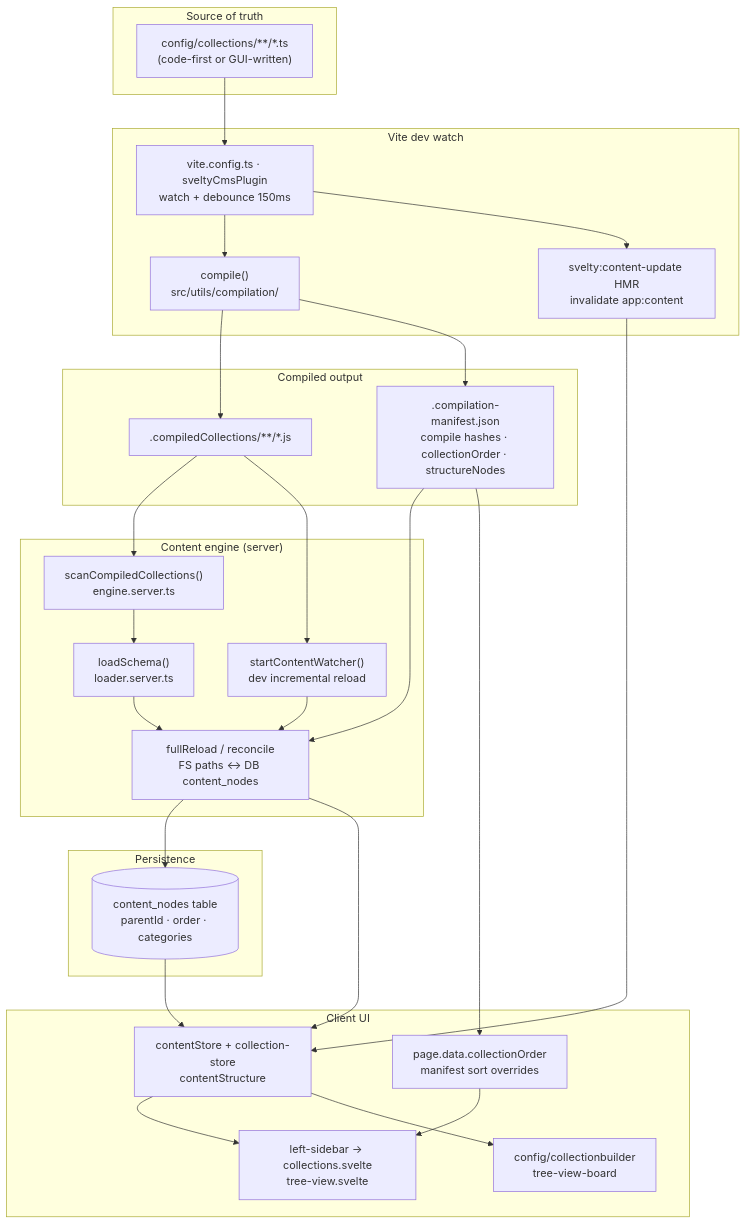
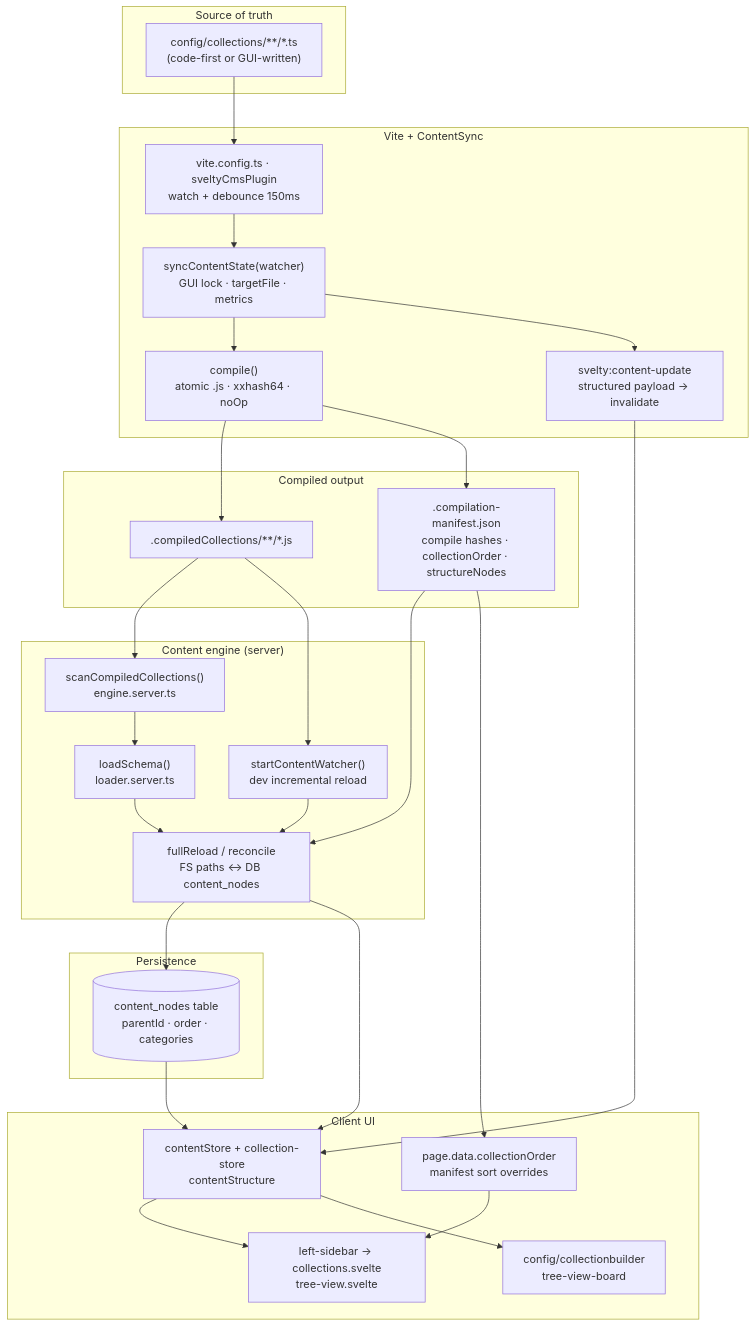
The diagram in docs/reference/architecture/content-system.mdx (SveltyCMS/SveltyCMS), drawn with Mermaid before and after one commit. The commit also changed other lines of this file and 236 other files, not shown here.

````diff
--- a/docs/reference/architecture/content-system.mdx
+++ b/docs/reference/architecture/content-system.mdx
@@ -131,57 +165,59 @@
 ```mermaid
 flowchart TD
     subgraph Source["Source of truth"]
         TS["config/collections/**/*.ts<br/>(code-first or GUI-written)"]
     end
 
-    subgraph DevWatch["Vite dev watch"]
+    subgraph DevWatch["Vite + ContentSync"]
         VITE["vite.config.ts · sveltyCmsPlugin<br/>watch + debounce 150ms"]
-        COMPILE["compile()<br/>src/utils/compilation/"]
-        HMR["svelty:content-update HMR<br/>invalidate app:content"]
+        SYNC["syncContentState(watcher)<br/>GUI lock · targetFile · metrics"]
+        COMPILE["compile()<br/>atomic .js · xxhash64 · noOp"]
+        HMR["svelty:content-update<br/>structured payload → invalidate"]
     end
 
     subgraph Compiled["Compiled output"]
         JS[".compiledCollections/**/*.js"]
         MANIFEST[".compilation-manifest.json<br/>compile hashes · collectionOrder · structureNodes"]
     end
 
     subgraph Engine["Content engine (server)"]
         SCAN["scanCompiledCollections()<br/>engine.server.ts"]
         LOAD["loadSchema()<br/>loader.server.ts"]
         RECON["fullReload / reconcile<br/>FS paths ↔ DB content_nodes"]
         WATCH["startContentWatcher()<br/>dev incremental reload"]
     end
 
     subgraph Persist["Persistence"]
         DB[("content_nodes table<br/>parentId · order · categories")]
     end
 
     subgraph UI["Client UI"]
         STORE["contentStore + collection-store<br/>contentStructure"]
         SIDEBAR["left-sidebar → collections.svelte<br/>tree-view.svelte"]
         BUILDER["config/collectionbuilder<br/>tree-view-board"]
         ORDER["page.data.collectionOrder<br/>manifest sort overrides"]
     end
 
     TS --> VITE
-    VITE --> COMPILE
-    VITE --> HMR
+    VITE --> SYNC
+    SYNC --> COMPILE
+    SYNC --> HMR
     COMPILE --> JS
     COMPILE --> MANIFEST
 
     JS --> SCAN
     JS --> WATCH
     SCAN --> LOAD
     LOAD --> RECON
     WATCH --> RECON
     RECON --> DB
     RECON --> STORE
     MANIFEST --> RECON
     MANIFEST --> ORDER
 
     HMR --> STORE
     DB --> STORE
     STORE --> SIDEBAR
     STORE --> BUILDER
     ORDER --> SIDEBAR
 ```
````
